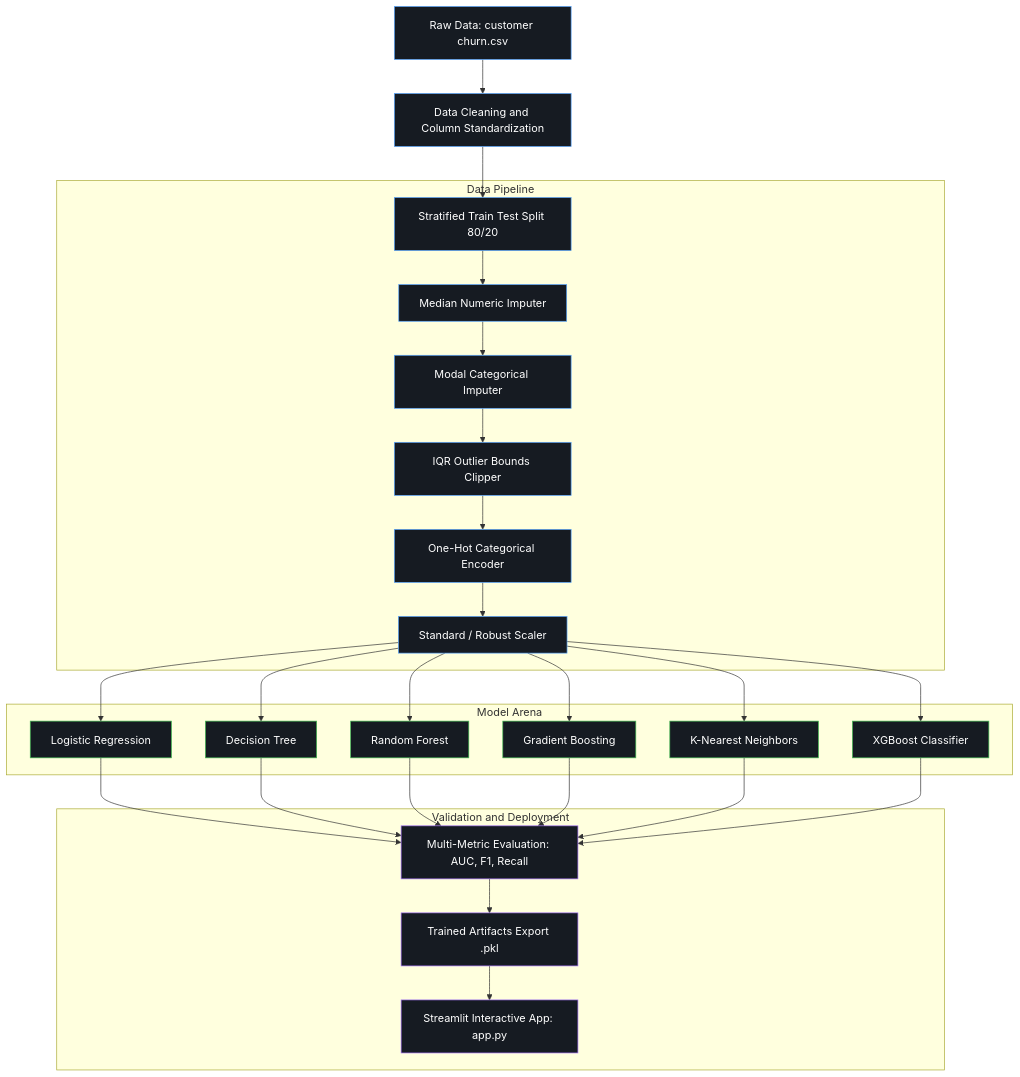
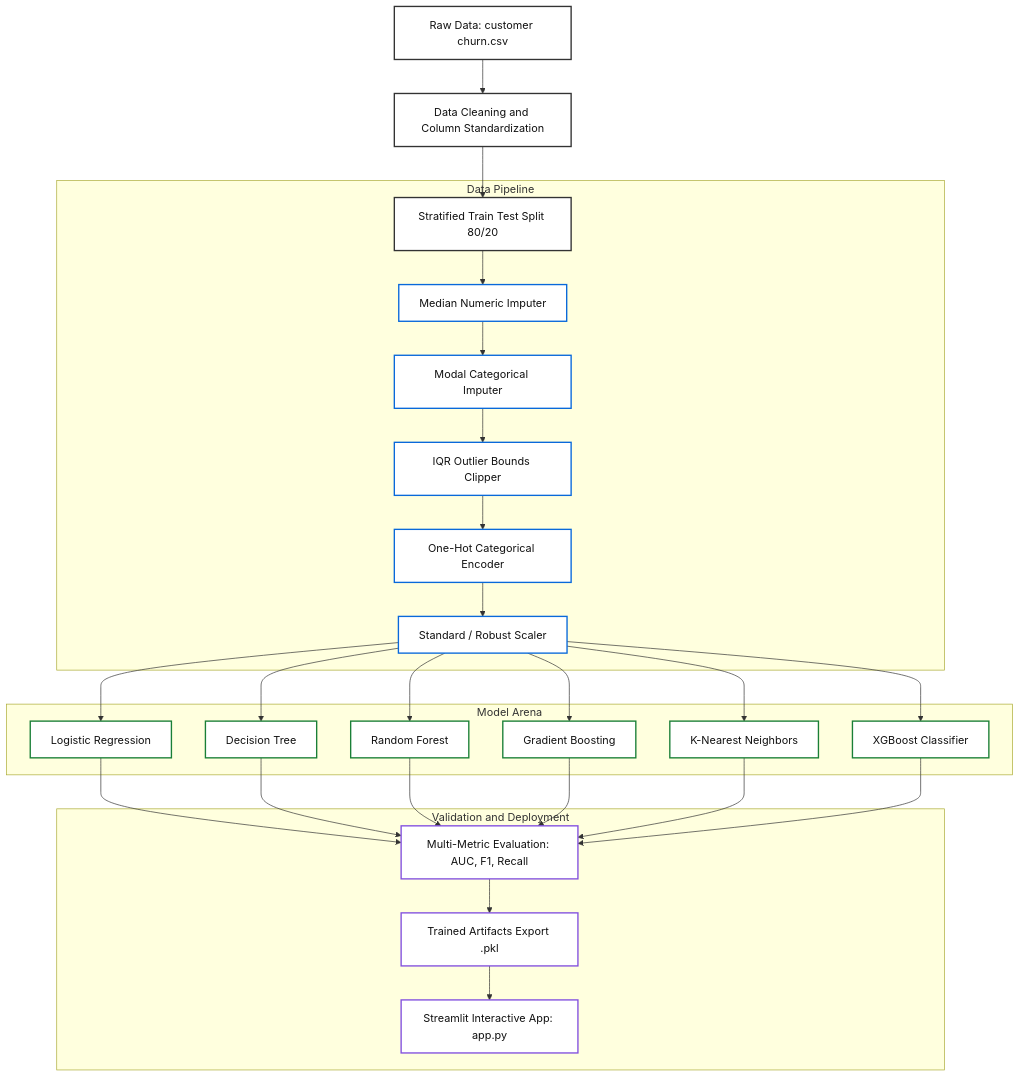
The diagram in README.md (anchitkaushal/customer-churn-prediction-system), drawn with Mermaid before and after one commit.

Commit message:
update changes

````diff
--- a/README.md
+++ b/README.md
@@ -77,44 +77,45 @@
 ```mermaid
 flowchart TD
 
     A[Raw Data: customer churn.csv] --> B[Data Cleaning and Column Standardization]
     B --> C[Stratified Train Test Split 80/20]
 
     subgraph DP[Data Pipeline]
         C --> D[Median Numeric Imputer]
         D --> E[Modal Categorical Imputer]
         E --> F[IQR Outlier Bounds Clipper]
         F --> G[One-Hot Categorical Encoder]
         G --> H[Standard / Robust Scaler]
     end
 
     subgraph MA[Model Arena]
         H --> M1[Logistic Regression]
         H --> M2[Decision Tree]
         H --> M3[Random Forest]
         H --> M4[Gradient Boosting]
         H --> M5[K-Nearest Neighbors]
         H --> M6[XGBoost Classifier]
     end
 
     subgraph VD[Validation and Deployment]
         M1 --> EVAL[Multi-Metric Evaluation: AUC, F1, Recall]
         M2 --> EVAL
         M3 --> EVAL
         M4 --> EVAL
         M5 --> EVAL
         M6 --> EVAL
 
         EVAL --> SERVE[Trained Artifacts Export .pkl]
         SERVE --> APP[Streamlit Interactive App: app.py]
     end
 
-    classDef default fill:#21262d,color:#ffffff,stroke:#8b949e
-    classDef pipeline fill:#161b22,color:#ffffff,stroke:#58a6ff
-    classDef models fill:#161b22,color:#ffffff,stroke:#3fb950
-    classDef deployment fill:#161b22,color:#ffffff,stroke:#a371f7
+    classDef node fill:#ffffff,stroke:#333333,color:#111111,stroke-width:2px
+    classDef pipeline fill:#ffffff,stroke:#0969da,color:#111111,stroke-width:2px
+    classDef model fill:#ffffff,stroke:#1a7f37,color:#111111,stroke-width:2px
+    classDef deployment fill:#ffffff,stroke:#8250df,color:#111111,stroke-width:2px
 
-    class A,B,C,D,E,F,G,H pipeline
-    class M1,M2,M3,M4,M5,M6 models
+    class A,B,C node
+    class D,E,F,G,H pipeline
+    class M1,M2,M3,M4,M5,M6 model
     class EVAL,SERVE,APP deployment
 ```
````
